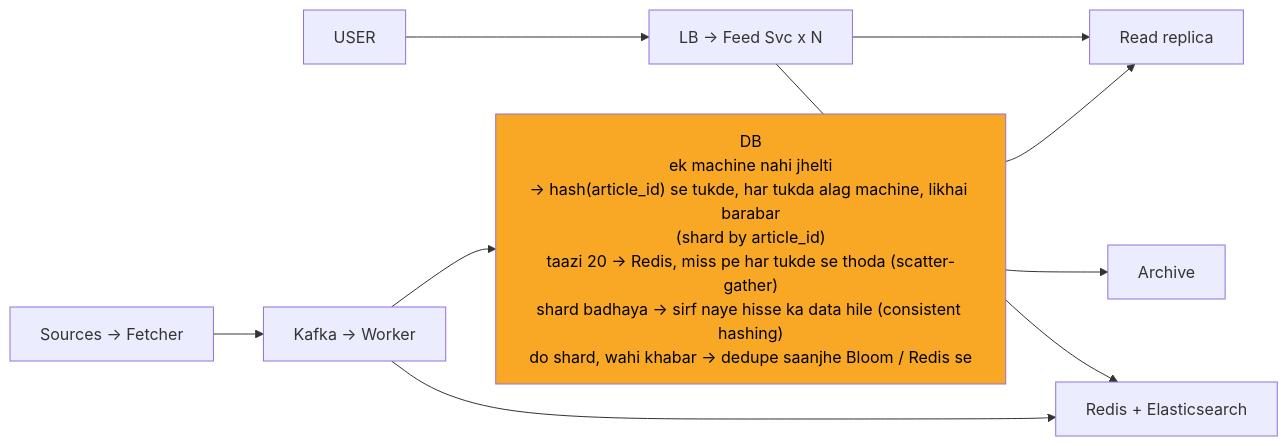
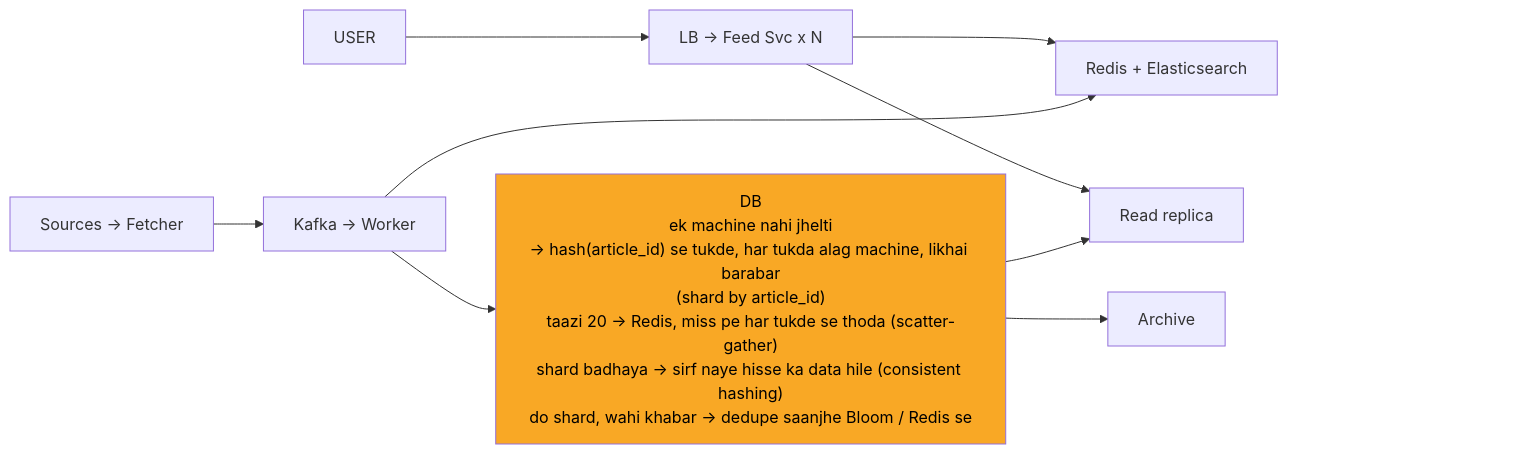
Before and after one commit to ArpanMaheshwari144/Prep: the tenth of 11 diagrams in 04_HLD/SYSTEM_DESIGNS/08_news_aggregator/08_news_aggregator_INTERVIEW.md, drawn with Mermaid. The commit also changed other lines of this file and 13 other files, not shown here.

Commit message:
hld 14 file: har diagram ke daayein andekha dabba, zoom button asli dabbe pe na aaye

````diff
--- a/04_HLD/SYSTEM_DESIGNS/08_news_aggregator/08_news_aggregator_INTERVIEW.md
+++ b/04_HLD/SYSTEM_DESIGNS/08_news_aggregator/08_news_aggregator_INTERVIEW.md
@@ -390,21 +417,24 @@
 ```mermaid
 %%{init: {"flowchart": {"wrappingWidth": 450}}}%%
 flowchart LR
     n_USER["USER"]
     n_LF["LB -> Feed Svc x N"]
     n_RES["Redis + Elasticsearch"]
     n_Read_replica["Read replica"]
     n_DB["DB<br/>ek machine nahi jhelti<br/>-> hash(article_id) se tukde, har tukda alag machine, likhai barabar<br/>(shard by article_id)<br/>taazi 20 -> Redis, miss pe har tukde se thoda (scatter-gather)<br/>shard badhaya -> sirf naye hisse ka data hile (consistent hashing)<br/>do shard, wahi khabar -> dedupe saanjhe Bloom / Redis se"]
     n_Archive["Archive"]
     n_KW["Kafka -> Worker"]
     n_SF["Sources -> Fetcher"]
     n_USER --> n_LF
     n_LF --> n_RES
     n_LF --> n_Read_replica
     n_DB --> n_Read_replica
     n_DB --> n_Archive
     n_KW --> n_DB
     n_KW --> n_RES
     n_SF --> n_KW
+    n_pad["xxxxxxxxxxxxxxxx"]
+    n_Archive ~~~ n_pad
     style n_DB fill:#f9a825,color:#000
+    style n_pad fill:none,stroke:none,color:#ffffff00
 ```
````
